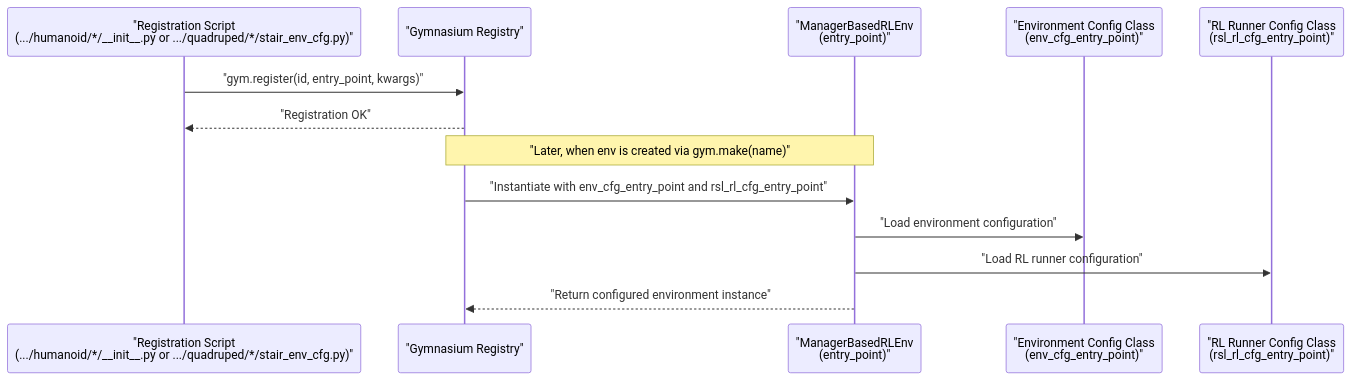
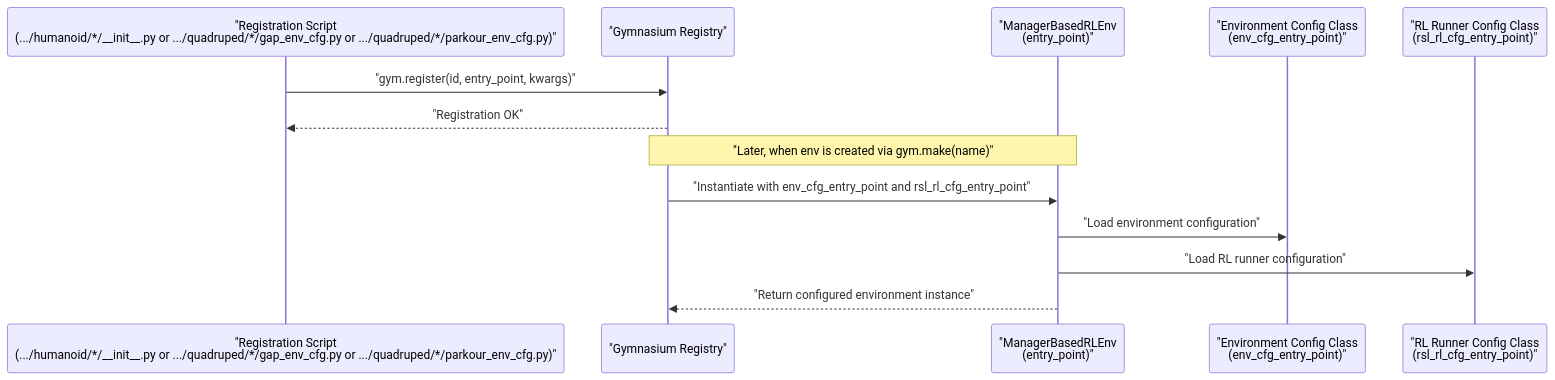
One commit to jayjayhust/robot_lab changed the second of 4 diagrams in .qoder/repowiki/en/content/Environment System/Environment Registration Framework.md. Above: the diagram before and after it, drawn with Mermaid. The commit also changed other lines of this file and 9 other files, not shown here.

````diff
--- a/.qoder/repowiki/en/content/Environment System/Environment Registration Framework.md
+++ b/.qoder/repowiki/en/content/Environment System/Environment Registration Framework.md
@@ -134,15 +139,15 @@
 ```mermaid
 sequenceDiagram
-participant Reg as "Registration Script<br/>(.../humanoid/*/__init__.py or .../quadruped/*/stair_env_cfg.py)"
+participant Reg as "Registration Script<br/>(.../humanoid/*/__init__.py or .../quadruped/*/gap_env_cfg.py or .../quadruped/*/parkour_env_cfg.py)"
 participant Gym as "Gymnasium Registry"
 participant Env as "ManagerBasedRLEnv<br/>(entry_point)"
 participant Cfg as "Environment Config Class<br/>(env_cfg_entry_point)"
 participant RL as "RL Runner Config Class<br/>(rsl_rl_cfg_entry_point)"
 Reg->>Gym : "gym.register(id, entry_point, kwargs)"
 Gym-->>Reg : "Registration OK"
 Note over Gym,Env : "Later, when env is created via gym.make(name)"
 Gym->>Env : "Instantiate with env_cfg_entry_point and rsl_rl_cfg_entry_point"
 Env->>Cfg : "Load environment configuration"
 Env->>RL : "Load RL runner configuration"
 Env-->>Gym : "Return configured environment instance"
 ```
````
